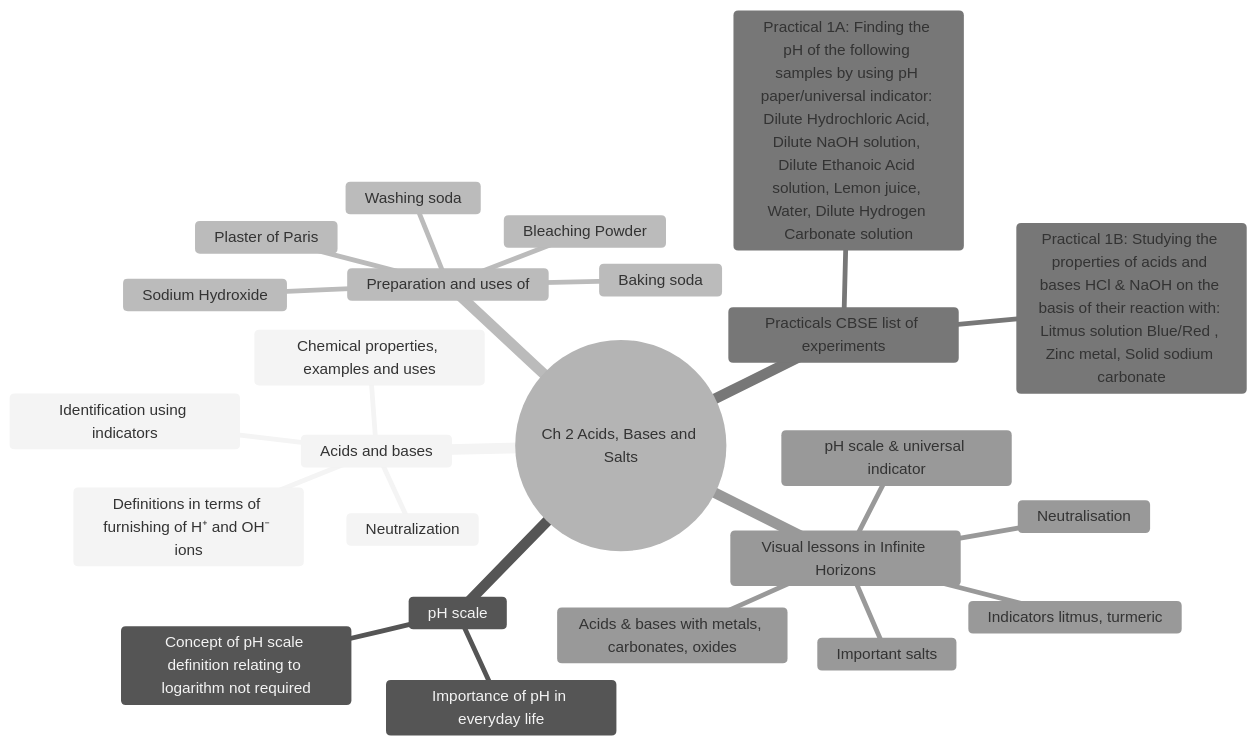
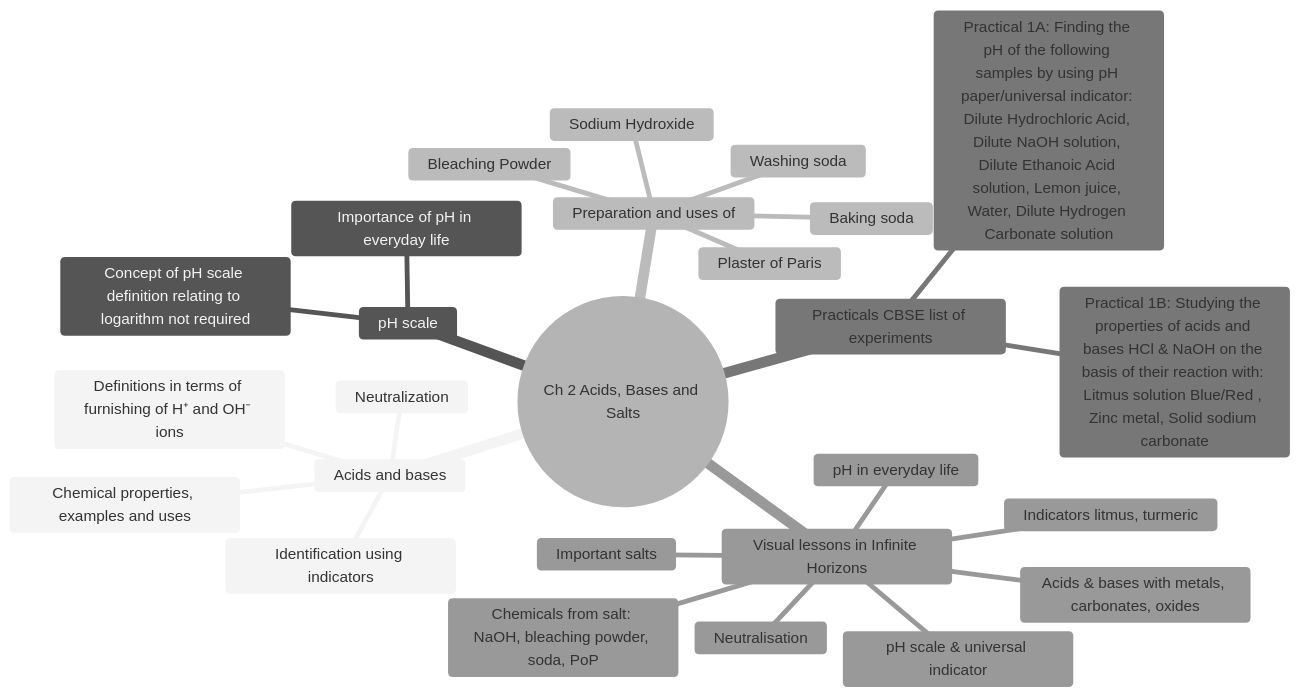
Before and after one commit to anveshix/ifinite-horizon: diagram 14 of 26 in docs/CHAPTER_MINDMAPS.md, drawn with Mermaid (neutral theme). The commit also changed other lines of this file and 10 other files, not shown here.

First line of the commit message:
feat(class-x): build all remaining CBSE 2026-27 sub-topics (13 scenes: life processes, respiration, plant excretion, variation, regeneration, evolution set, energy changes, pH in daily life, chemicals from salt, optical applications)

````diff
--- a/docs/CHAPTER_MINDMAPS.md
+++ b/docs/CHAPTER_MINDMAPS.md
@@ -531,27 +532,29 @@
 ```mermaid
 mindmap
   root((Ch 2 Acids, Bases and Salts))
     Acids and bases
       Definitions in terms of furnishing of H⁺ and OH⁻ ions
       Identification using indicators
       Chemical properties, examples and uses
       Neutralization
     pH scale
       Concept of pH scale definition relating to logarithm not required
       Importance of pH in everyday life
     Preparation and uses of
       Sodium Hydroxide
       Bleaching Powder
       Baking soda
       Washing soda
       Plaster of Paris
     Practicals CBSE list of experiments
       Practical 1A: Finding the pH of the following samples by using pH paper/universal indicator: Dilute Hydrochloric Acid, Dilute NaOH solution, Dilute Ethanoic Acid solution, Lemon juice, Water, Dilute Hydrogen Carbonate solution
       Practical 1B: Studying the properties of acids and bases HCl & NaOH on the basis of their reaction with: Litmus solution Blue/Red , Zinc metal, Solid sodium carbonate
     Visual lessons in Infinite Horizons
       pH scale & universal indicator
       Acids & bases with metals, carbonates, oxides
       Indicators litmus, turmeric
       Neutralisation
       Important salts
+      pH in everyday life
+      Chemicals from salt: NaOH, bleaching powder, soda, PoP
 ```
````
